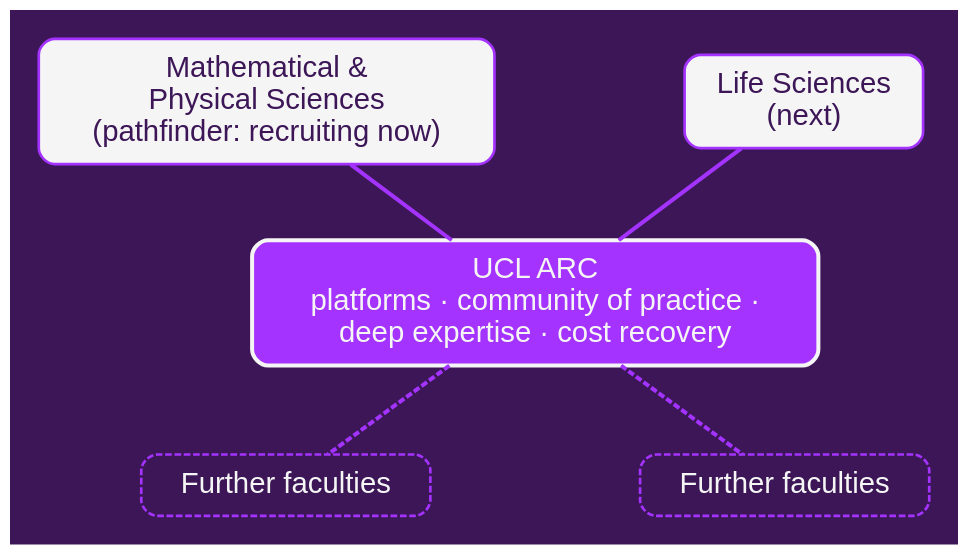
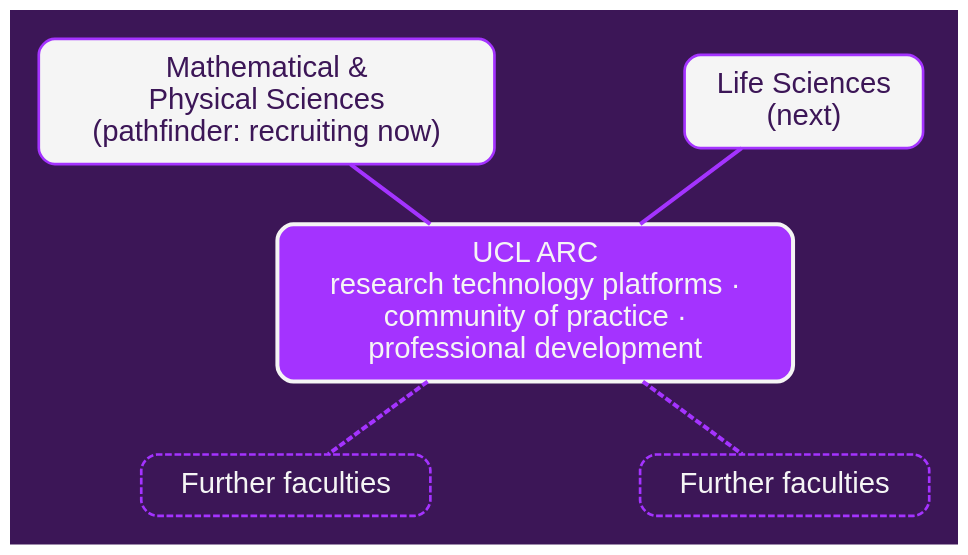
One commit to jamespjh/talks changed the diagram in leru_ai/assets/sources/graphviz/fact.dot. Above: the diagram before and after it, drawn with Graphviz. The commit also changed 5 other files, not shown here.

```diff
--- a/leru_ai/assets/sources/graphviz/fact.dot
+++ b/leru_ai/assets/sources/graphviz/fact.dot
@@ -1,17 +1,17 @@
 // Faculty AI Changemaker Teams: Research AI Engineers embedded in faculties, coordinated through ARC.
 graph fact {
     graph [bgcolor="#3c1657", layout="neato", pad="0.3"];
     node  [shape="box", style="filled,rounded", fillcolor="#f5f5f5", fontcolor="#3c1657",
            color="#a433ff", penwidth="2", fontname="Helvetica", fontsize="22", margin="0.25,0.15"];
     edge  [color="#a433ff", penwidth="3", len="2.4"];
 
-    arc [label="UCL ARC\nplatforms · community of practice ·\ndeep expertise · cost recovery",
+    arc [label="UCL ARC\nresearch technology platforms ·\ncommunity of practice ·\nprofessional development",
          fillcolor="#a433ff", fontcolor="#f5f5f5", color="#f5f5f5", penwidth="3", fontsize="22", pos="0,0!"];
     maps [label="Mathematical &\nPhysical Sciences\n(pathfinder: recruiting now)", pos="-2.8,2.1!"];
     fls  [label="Life Sciences\n(next)", pos="2.8,2.1!"];
     more1 [label="Further faculties", fillcolor="#3c1657", fontcolor="#f5f5f5", style="rounded,dashed", pos="-2.6,-1.9!"];
     more2 [label="Further faculties", fillcolor="#3c1657", fontcolor="#f5f5f5", style="rounded,dashed", pos="2.6,-1.9!"];
 
     arc -- maps; arc -- fls;
     arc -- more1 [style="dashed"]; arc -- more2 [style="dashed"];
 }
```
